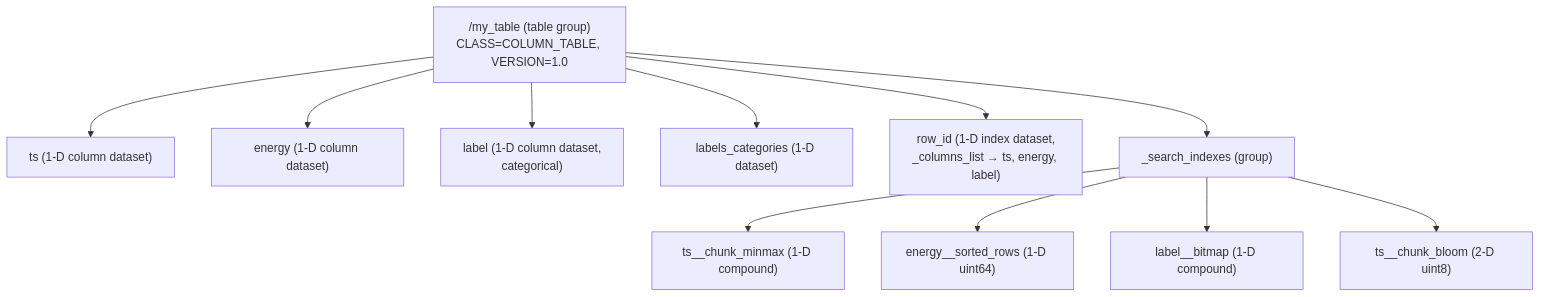
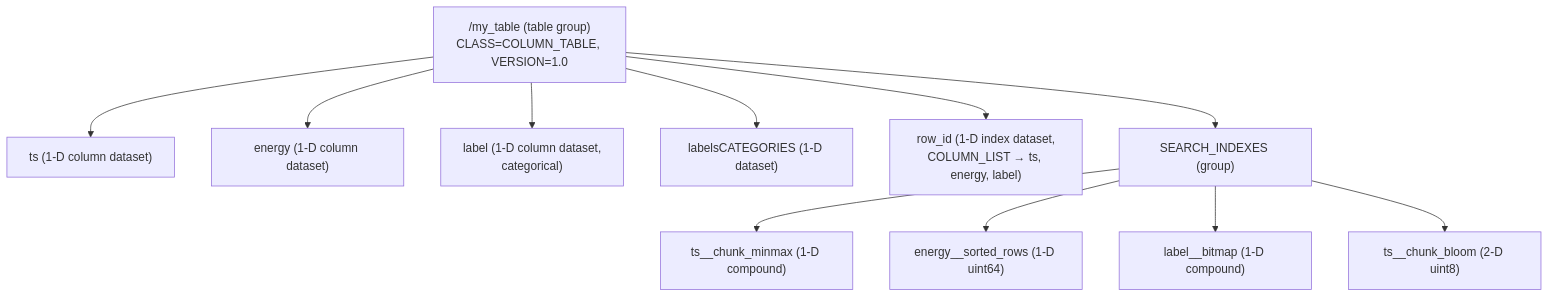
Before and after one commit to HDFAlliance/heps: the second of 7 diagrams in HEP001/index.md, drawn with Mermaid. The commit also changed other lines of this file, not shown here.

````diff
--- a/HEP001/index.md
+++ b/HEP001/index.md
@@ -251,14 +366,14 @@
 ```{mermaid}
 graph TD
   TG["/my_table (table group)<br/>CLASS=COLUMN_TABLE, VERSION=1.0"]
   TG --> c1["ts (1-D column dataset)"]
   TG --> c2["energy (1-D column dataset)"]
   TG --> c3["label (1-D column dataset,<br/>categorical)"]
-  TG --> c4["labels_categories (1-D dataset)"]
-  TG --> ix["row_id (1-D index dataset,<br/>_columns_list &rarr; ts, energy, label)"]
-  TG --> SI["_search_indexes (group)"]
+  TG --> c4["labelsCATEGORIES (1-D dataset)"]
+  TG --> ix["row_id (1-D index dataset,<br/>COLUMN_LIST &rarr; ts, energy, label)"]
+  TG --> SI["SEARCH_INDEXES (group)"]
   SI --> mm["ts__chunk_minmax (1-D compound)"]
   SI --> sr["energy__sorted_rows (1-D uint64)"]
   SI --> bm["label__bitmap (1-D compound)"]
   SI --> bf["ts__chunk_bloom (2-D uint8)"]
 ```
````
